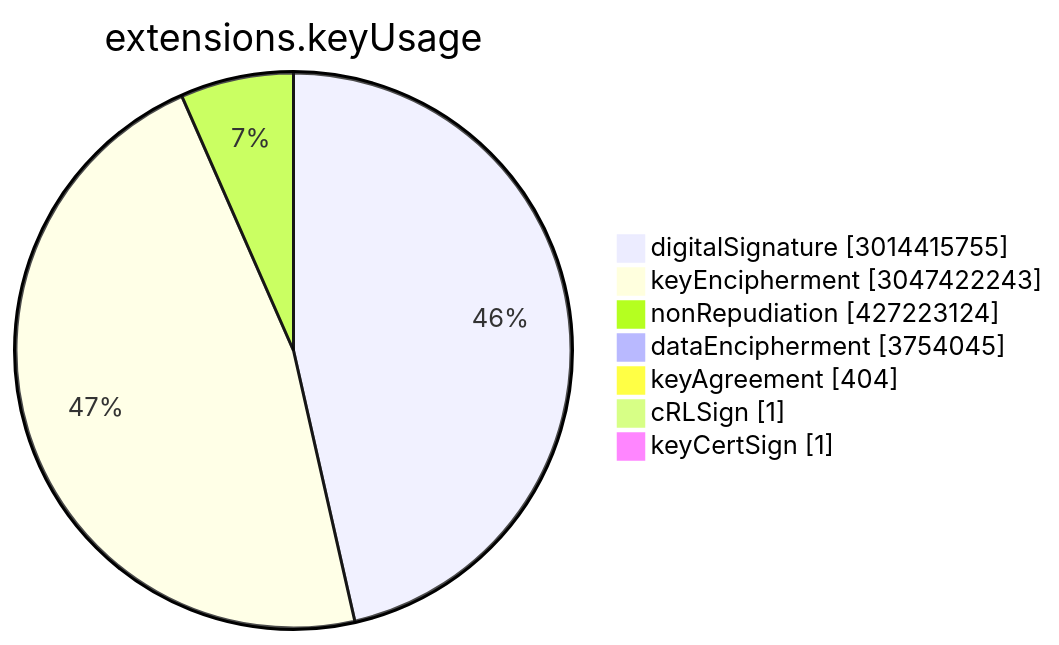
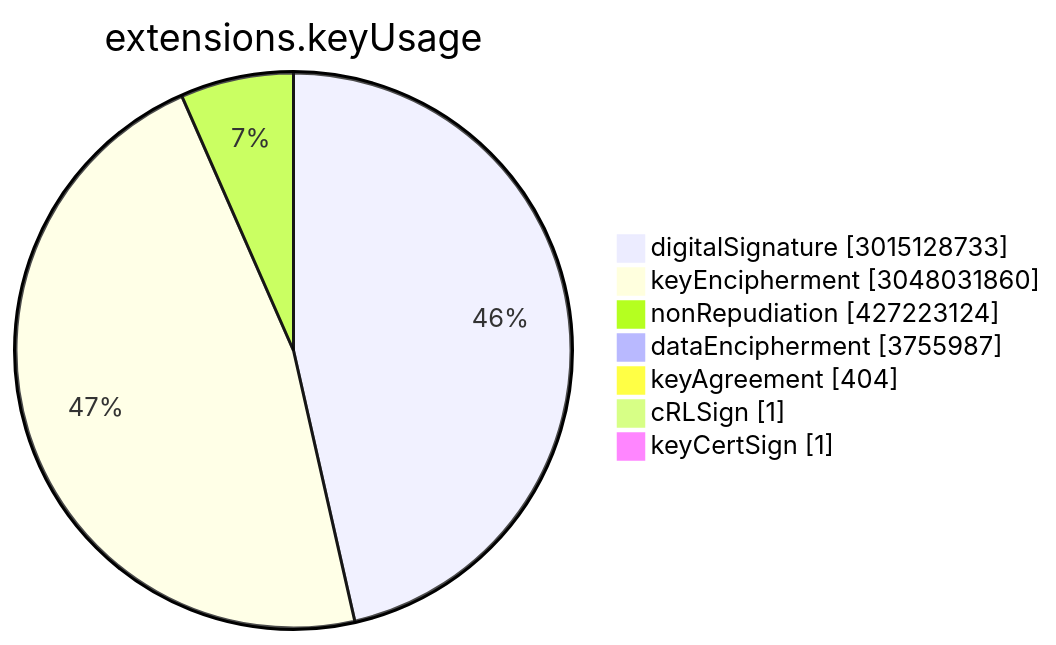
The sixth of 15 diagrams in TOTAL/README.md (christiankrug/ctmonitor_visualization), drawn with Mermaid before and after one commit. The commit also changed other lines of this file, not shown here.

````diff
--- a/TOTAL/README.md
+++ b/TOTAL/README.md
@@ -3076,11 +3077,11 @@
 ```mermaid
 pie showData
 title extensions.keyUsage
-"digitalSignature" :3014415755
-"keyEncipherment" :3047422243
+"digitalSignature" :3015128733
+"keyEncipherment" :3048031860
 "nonRepudiation" :427223124
-"dataEncipherment" :3754045
+"dataEncipherment" :3755987
 "keyAgreement" :404
 "cRLSign" :1
 "keyCertSign" :1
 ```
````
